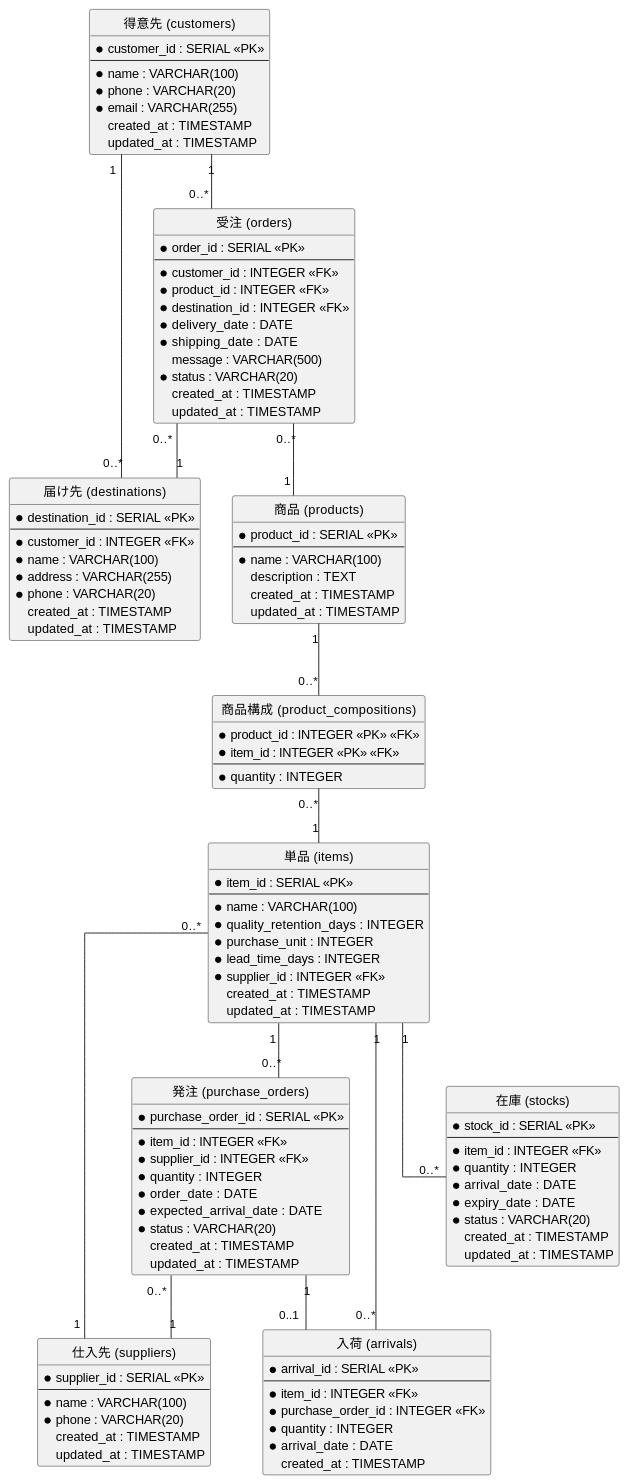
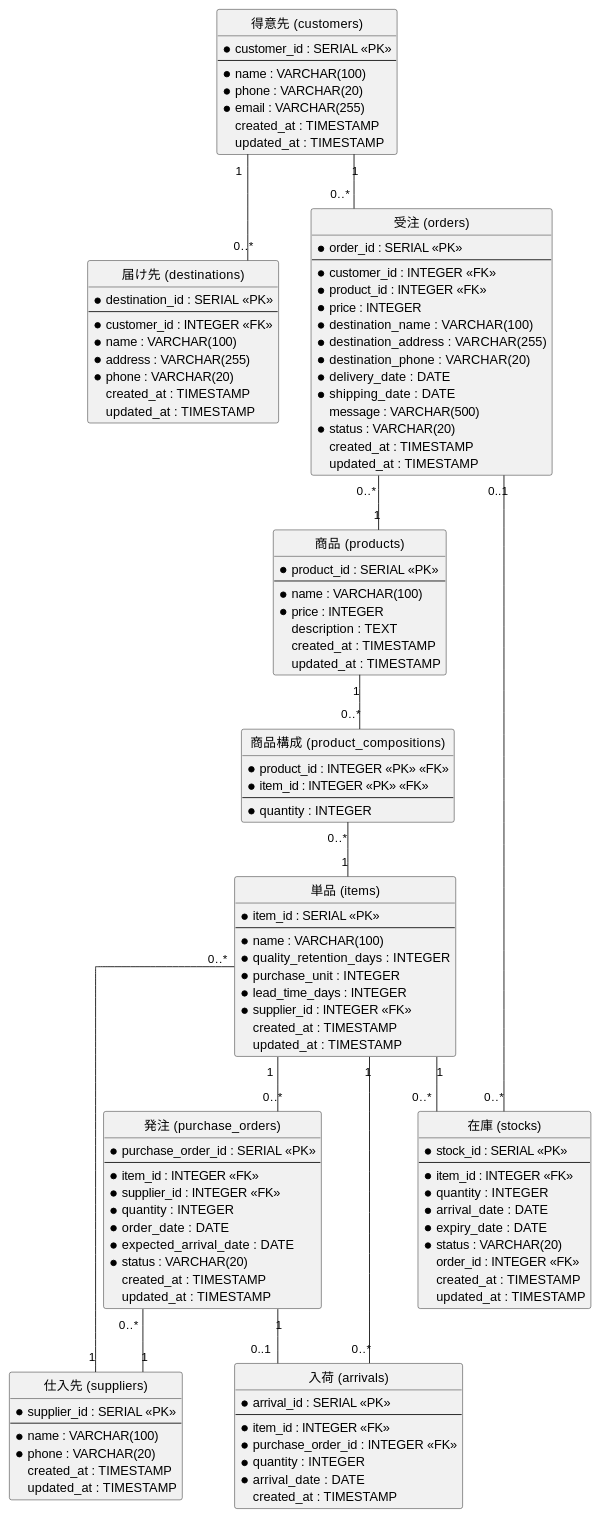
One commit to k2works/case-study-sdd-development changed the second of 2 diagrams in docs/design/data-model.md. Above: the diagram before and after it, drawn with PlantUML. The commit also changed other lines of this file and 3 other files, not shown here.

````diff
--- a/docs/design/data-model.md
+++ b/docs/design/data-model.md
@@ -68,7 +68,10 @@
   --
   * customer_id : INTEGER <<FK>>
   * product_id : INTEGER <<FK>>
-  * destination_id : INTEGER <<FK>>
+  * price : INTEGER
+  * destination_name : VARCHAR(100)
+  * destination_address : VARCHAR(255)
+  * destination_phone : VARCHAR(20)
   * delivery_date : DATE
   * shipping_date : DATE
   message : VARCHAR(500)
@@ -81,6 +84,7 @@
   * product_id : SERIAL <<PK>>
   --
   * name : VARCHAR(100)
+  * price : INTEGER
   description : TEXT
   created_at : TIMESTAMP
   updated_at : TIMESTAMP
@@ -145,6 +149,7 @@
   * arrival_date : DATE
   * expiry_date : DATE
   * status : VARCHAR(20)
+  order_id : INTEGER <<FK>>
   created_at : TIMESTAMP
   updated_at : TIMESTAMP
 }
@@ -152,7 +157,6 @@
 customers "1" -- "0..*" destinations
 customers "1" -- "0..*" orders
 orders "0..*" -- "1" products
-orders "0..*" -- "1" destinations
 products "1" -- "0..*" compositions
 compositions "0..*" -- "1" items
 items "0..*" -- "1" suppliers
@@ -161,6 +165,7 @@
 purchase_orders "1" -- "0..1" arrivals
 items "1" -- "0..*" arrivals
 items "1" -- "0..*" stocks
+stocks "0..*" -- "0..1" orders
 
 @enduml
 ```
````
